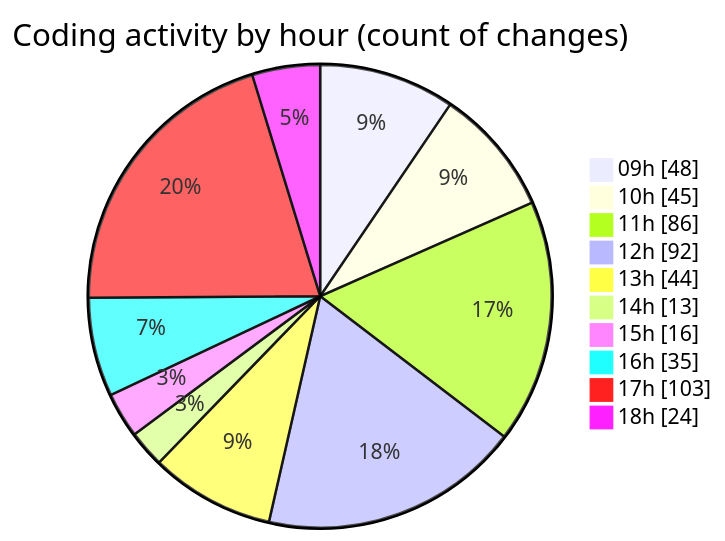
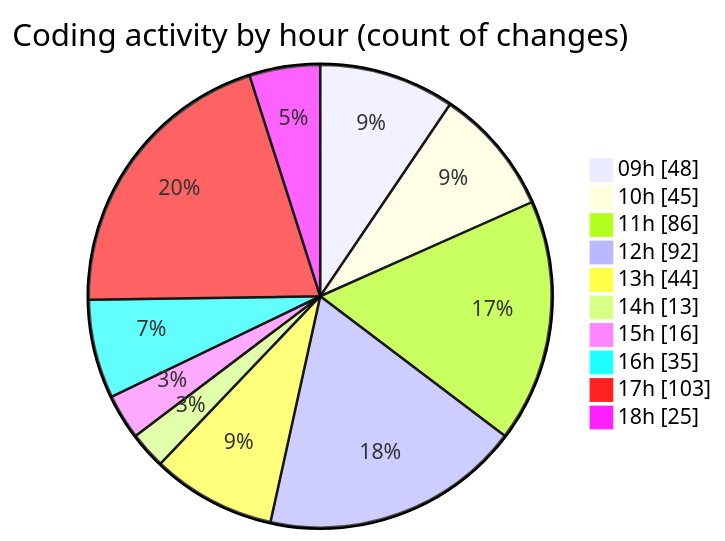
The second of 2 diagrams in 2025-03-14/cda/README.md (momahboobian/code-tracking), drawn with Mermaid before and after one commit. The commit also changed other lines of this file and 1 other file, not shown here.

````diff
--- a/2025-03-14/cda/README.md
+++ b/2025-03-14/cda/README.md
@@ -52,14 +52,14 @@
 ```mermaid
 pie showData
 title Coding activity by hour (count of changes)
 "09h" : 48
 "10h" : 45
 "11h" : 86
 "12h" : 92
 "13h" : 44
 "14h" : 13
 "15h" : 16
 "16h" : 35
 "17h" : 103
-"18h" : 24
+"18h" : 25
 ```
````
